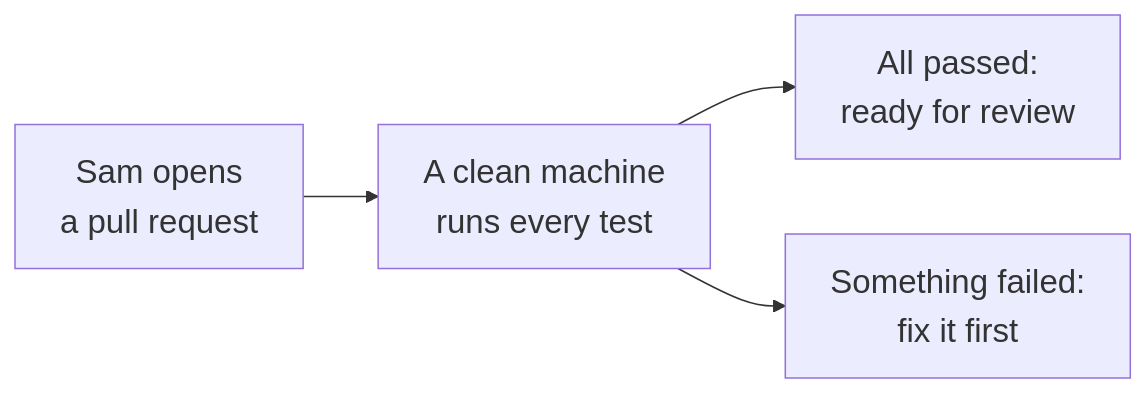
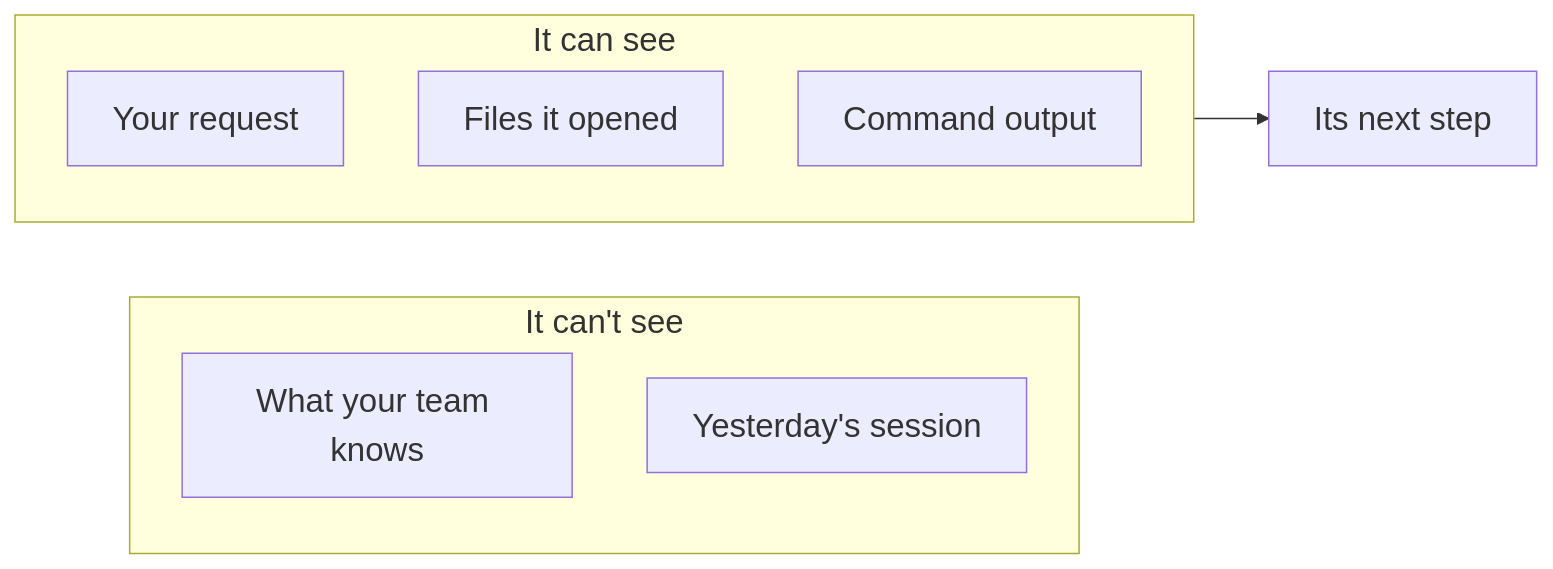
The first of 5 diagrams in engineering/decisions/2026-09-24-agentic-practice-audit/course/agentic-engineering-course.md (Laticent/lattice), drawn with Mermaid before and after one commit. The commit also changed other lines of this file and 4 other files, not shown here.

````diff
--- a/engineering/decisions/2026-09-24-agentic-practice-audit/course/agentic-engineering-course.md
+++ b/engineering/decisions/2026-09-24-agentic-practice-audit/course/agentic-engineering-course.md
@@ -189,7 +147,16 @@
 ```mermaid
 %%{init: {'themeVariables': {'fontSize': '22px'}}}%%
 flowchart LR
-  A["Sam opens<br/>a pull request"] --> B["A clean machine<br/>runs every test"]
-  B --> C["All passed:<br/>ready for review"]
-  B --> D["Something failed:<br/>fix it first"]
+  subgraph OUT["It can't see"]
+    direction TB
+    E["What your team knows"]
+    F["Yesterday's session"]
+  end
+  subgraph IN["It can see"]
+    direction TB
+    A["Your request"]
+    B["Files it opened"]
+    C["Command output"]
+  end
+  IN --> H["Its next step"]
 ```
````
